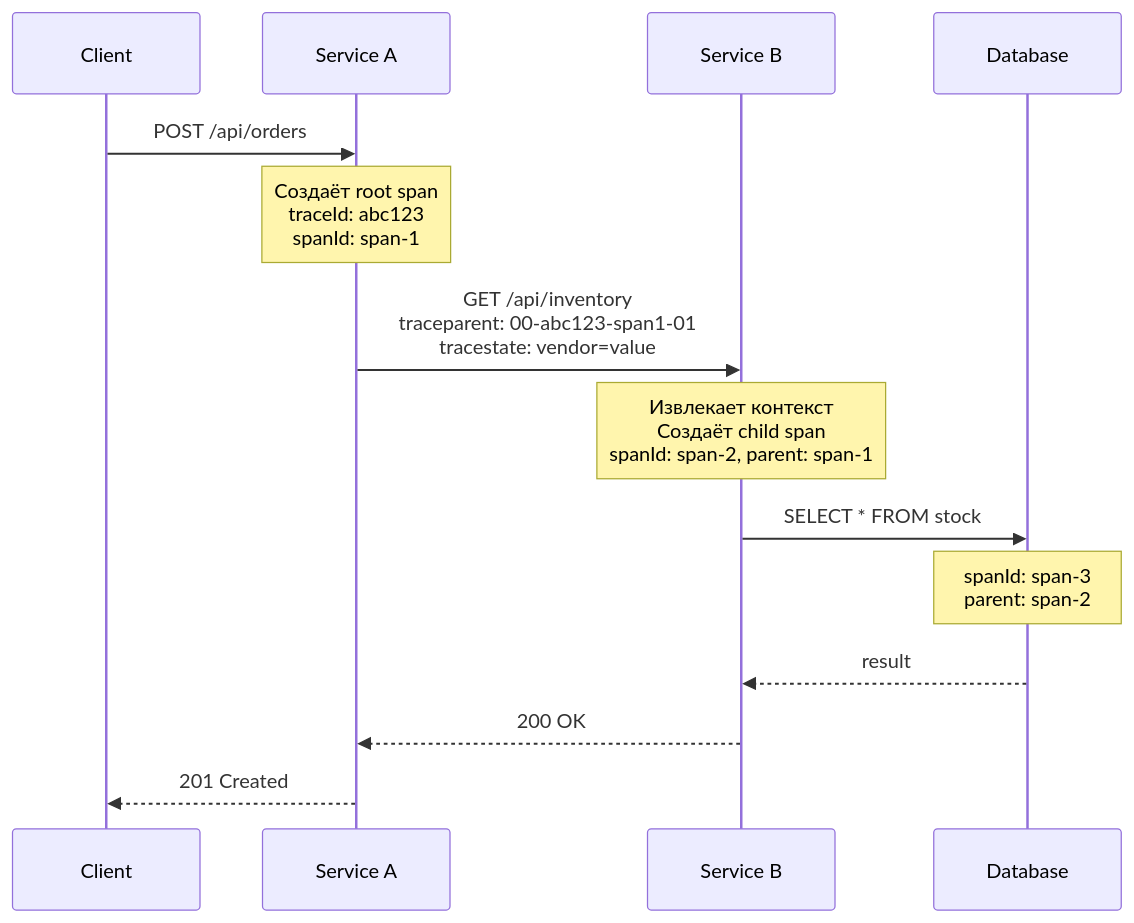
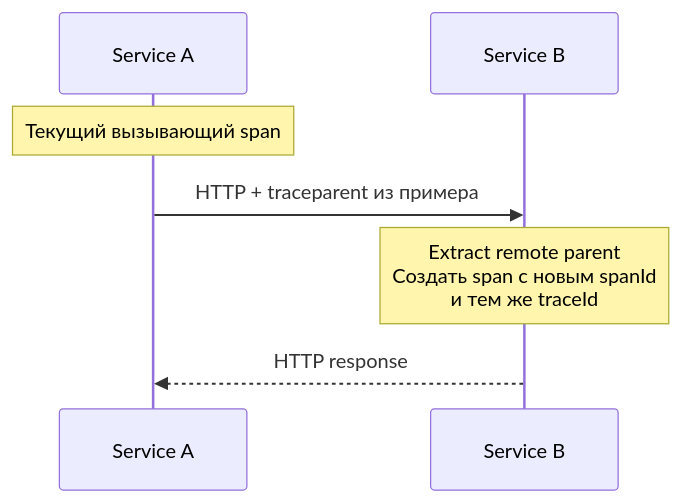
Before and after one commit to akeverus/cheat-sheet: the sixth of 12 diagrams in cheatsheets/interview/monitoring/metrics-tracing-interview.md, drawn with Mermaid. The commit also changed other lines of this file and 1 other file, not shown here.

Commit message:
Clarify trace context histogram and JVM metrics theory

````diff
--- a/cheatsheets/interview/monitoring/metrics-tracing-interview.md
+++ b/cheatsheets/interview/monitoring/metrics-tracing-interview.md
@@ -383,20 +389,9 @@
 ```mermaid
 sequenceDiagram
-    participant Client
-    participant ServiceA as Service A
-    participant ServiceB as Service B
-    participant DB as Database
-
-    Client->>ServiceA: POST /api/orders
-    Note over ServiceA: Создаёт root span<br/>traceId: abc123<br/>spanId: span-1
-
-    ServiceA->>ServiceB: GET /api/inventory<br/>traceparent: 00-abc123-span1-01<br/>tracestate: vendor=value
-    Note over ServiceB: Извлекает контекст<br/>Создаёт child span<br/>spanId: span-2, parent: span-1
-
-    ServiceB->>DB: SELECT * FROM stock
-    Note over DB: spanId: span-3<br/>parent: span-2
-
-    DB-->>ServiceB: result
-    ServiceB-->>ServiceA: 200 OK
-    ServiceA-->>Client: 201 Created
+    participant A as Service A
+    participant B as Service B
+    Note over A: Текущий вызывающий span
+    A->>B: HTTP + traceparent из примера
+    Note over B: Extract remote parent<br/>Создать span с новым spanId<br/>и тем же traceId
+    B-->>A: HTTP response
 ```
````
